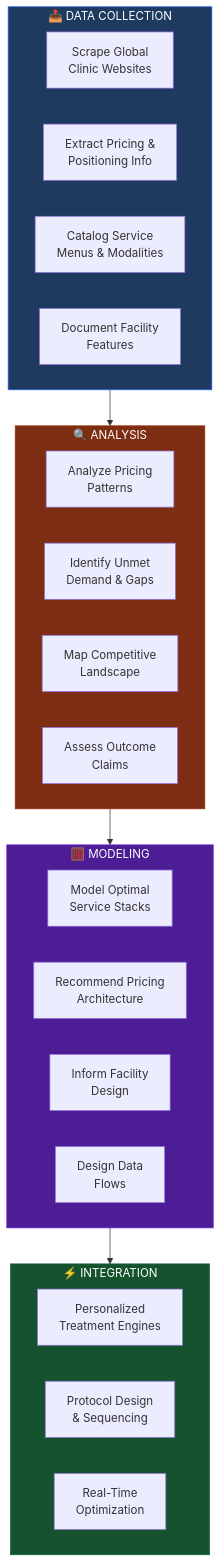
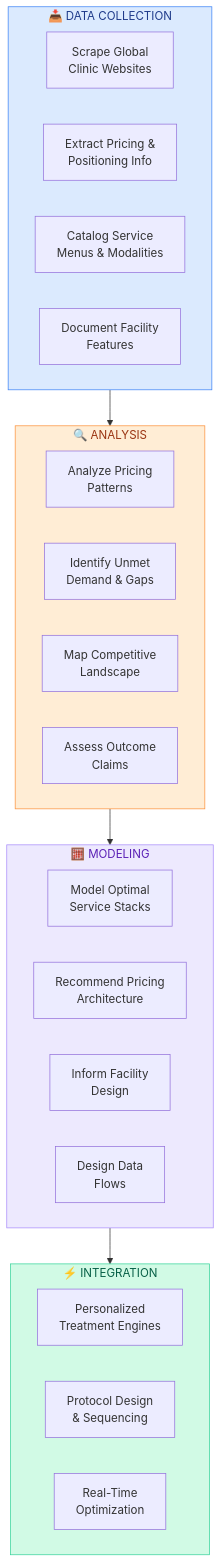
One commit to Light-Brands/epic-center changed the eighth of 13 diagrams in docs/MARKET_RESEARCH.md. Above: the diagram before and after it, drawn with Mermaid. The commit also changed other lines of this file, not shown here.

First line of the commit message:
docs: Update mermaid diagram colors to softer palette

````diff
--- a/docs/MARKET_RESEARCH.md
+++ b/docs/MARKET_RESEARCH.md
@@ -472,36 +472,36 @@
 ```mermaid
 flowchart TB
     subgraph DC["📥 DATA COLLECTION"]
         DC1[Scrape Global<br/>Clinic Websites]
         DC2[Extract Pricing &<br/>Positioning Info]
         DC3[Catalog Service<br/>Menus & Modalities]
         DC4[Document Facility<br/>Features]
     end
 
     subgraph AN["🔍 ANALYSIS"]
         AN1[Analyze Pricing<br/>Patterns]
         AN2[Identify Unmet<br/>Demand & Gaps]
         AN3[Map Competitive<br/>Landscape]
         AN4[Assess Outcome<br/>Claims]
     end
 
     subgraph MD["🧮 MODELING"]
         MD1[Model Optimal<br/>Service Stacks]
         MD2[Recommend Pricing<br/>Architecture]
         MD3[Inform Facility<br/>Design]
         MD4[Design Data<br/>Flows]
     end
 
     subgraph INT["⚡ INTEGRATION"]
         INT1[Personalized<br/>Treatment Engines]
         INT2[Protocol Design<br/>& Sequencing]
         INT3[Real-Time<br/>Optimization]
     end
 
     DC --> AN --> MD --> INT
 
-    style DC fill:#1e3a5f,stroke:#2563eb,color:#fff
-    style AN fill:#7c2d12,stroke:#9a3412,color:#fff
-    style MD fill:#4c1d95,stroke:#6d28d9,color:#fff
-    style INT fill:#14532d,stroke:#166534,color:#fff
+    style DC fill:#dbeafe,stroke:#3b82f6,color:#1e3a8a
+    style AN fill:#ffedd5,stroke:#fb923c,color:#9a3412
+    style MD fill:#ede9fe,stroke:#a78bfa,color:#5b21b6
+    style INT fill:#d1fae5,stroke:#34d399,color:#065f46
 ```
````
